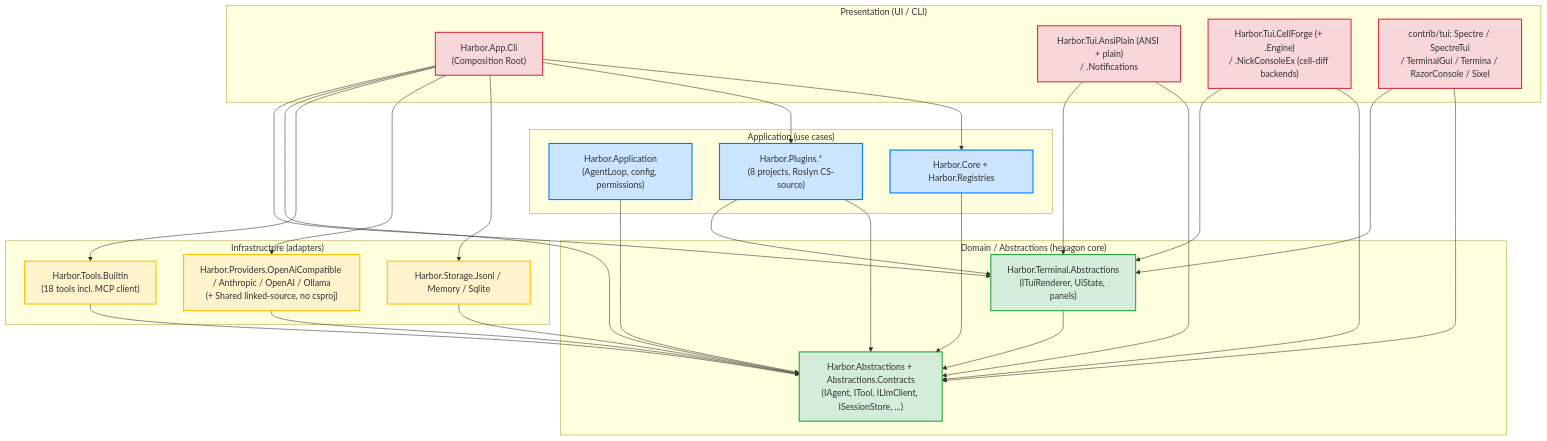
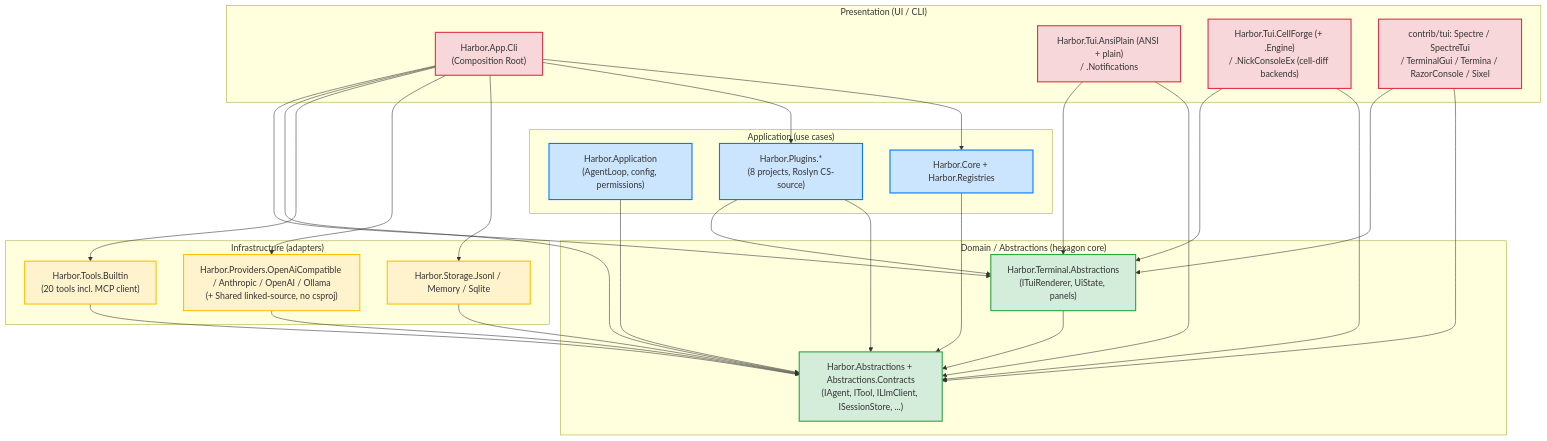
One commit to refusedguy/Harbor-Harness changed the diagram in docs/ARCHITECTURE_LAYERS.md. Above: the diagram before and after it, drawn with Mermaid. The commit also changed other lines of this file and 20 other files, not shown here.

````diff
--- a/docs/ARCHITECTURE_LAYERS.md
+++ b/docs/ARCHITECTURE_LAYERS.md
@@ -137,62 +137,62 @@
 ```mermaid
 flowchart TB
     subgraph Pres["Presentation (UI / CLI)"]
         Cli["Harbor.App.Cli<br/>(Composition Root)"]
         TuiAnsi["Harbor.Tui.AnsiPlain (ANSI + plain)<br/>/ .Notifications"]
         TuiConsoleEx["Harbor.Tui.CellForge (+ .Engine)<br/>/ .NickConsoleEx (cell-diff backends)"]
         TuiContrib["contrib/tui: Spectre / SpectreTui<br/>/ TerminalGui / Termina / RazorConsole / Sixel"]
     end
 
     subgraph App["Application (use cases)"]
         AppLayer["Harbor.Application<br/>(AgentLoop, config, permissions)"]
         Core["Harbor.Core + Harbor.Registries"]
         Plugins["Harbor.Plugins.*<br/>(8 projects, Roslyn CS-source)"]
     end
 
     subgraph Infra["Infrastructure (adapters)"]
         Storage["Harbor.Storage.Jsonl / Memory / Sqlite"]
         Providers["Harbor.Providers.OpenAiCompatible / Anthropic / OpenAI / Ollama<br/>(+ Shared linked-source, no csproj)"]
-        Tools["Harbor.Tools.Builtin<br/>(18 tools incl. MCP client)"]
+        Tools["Harbor.Tools.Builtin<br/>(20 tools incl. MCP client)"]
     end
 
     subgraph Domain["Domain / Abstractions (hexagon core)"]
         Abs["Harbor.Abstractions + Abstractions.Contracts<br/>(IAgent, ITool, ILlmClient, ISessionStore, ...)"]
         TuiAbs["Harbor.Terminal.Abstractions<br/>(ITuiRenderer, UiState, panels)"]
     end
 
     Cli --> Core
     Cli --> Plugins
     Cli --> Storage
     Cli --> Providers
     Cli --> Tools
     Cli --> Abs
     Cli --> TuiAbs
 
     TuiAnsi --> Abs
     TuiAnsi --> TuiAbs
     TuiConsoleEx --> Abs
     TuiConsoleEx --> TuiAbs
     TuiContrib --> Abs
     TuiContrib --> TuiAbs
 
     AppLayer --> Abs
     Core --> Abs
     Plugins --> Abs
     Plugins --> TuiAbs
 
     Storage --> Abs
     Providers --> Abs
     Tools --> Abs
 
     TuiAbs --> Abs
 
     classDef domain fill:#d4edda,stroke:#28a745,stroke-width:2px
     classDef app fill:#cce5ff,stroke:#007bff,stroke-width:2px
     classDef infra fill:#fff3cd,stroke:#ffc107,stroke-width:2px
     classDef pres fill:#f8d7da,stroke:#dc3545,stroke-width:2px
 
     class Abs,TuiAbs domain
     class AppLayer,Core,Plugins app
     class Storage,Providers,Tools infra
     class Cli,TuiAnsi,TuiConsoleEx,TuiContrib pres
 ```
````
